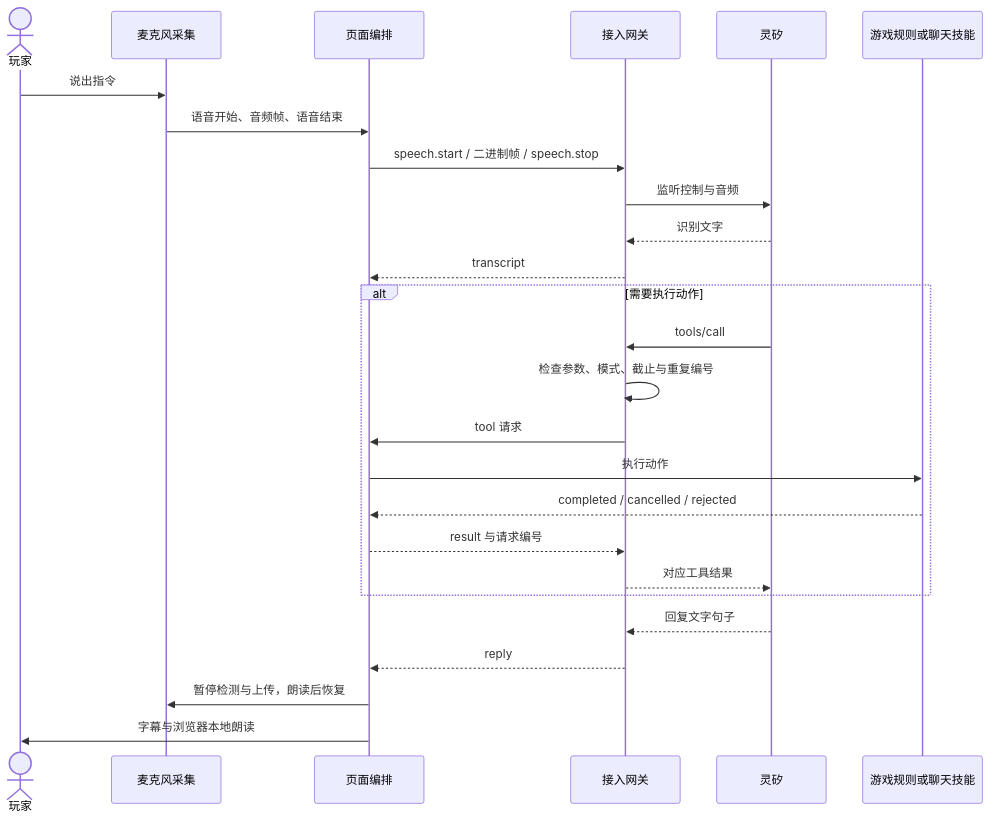
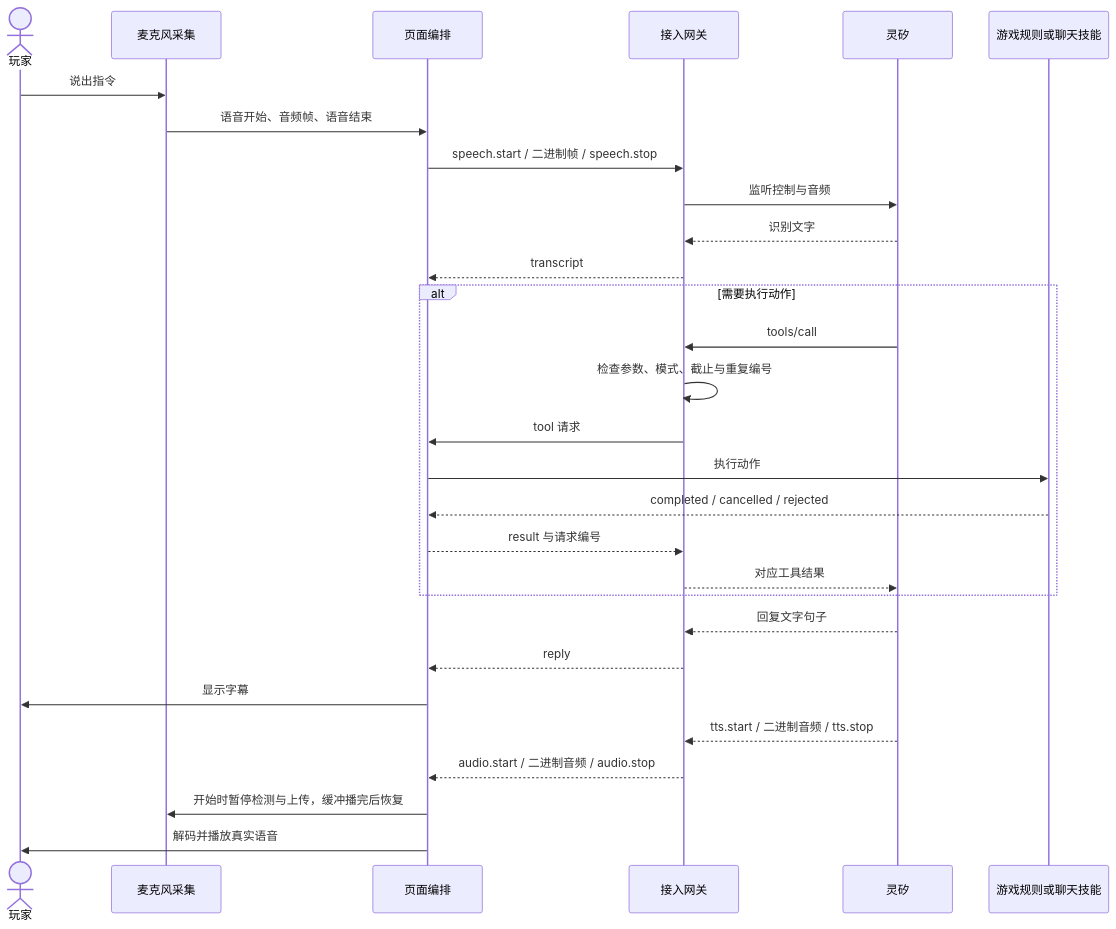
The second of 2 diagrams in docs/architecture.md (cohesion-dev/NQQ), drawn with Mermaid before and after one commit. The commit also changed other lines of this file and 14 other files, not shown here.

````diff
--- a/docs/architecture.md
+++ b/docs/architecture.md
@@ -68,28 +70,31 @@
 ```mermaid
 sequenceDiagram
     actor Player as 玩家
     participant Audio as 麦克风采集
     participant App as 页面编排
     participant Gateway as 接入网关
     participant Linx as 灵矽
     participant Executor as 游戏规则或聊天技能
     Player->>Audio: 说出指令
     Audio->>App: 语音开始、音频帧、语音结束
     App->>Gateway: speech.start / 二进制帧 / speech.stop
     Gateway->>Linx: 监听控制与音频
     Linx-->>Gateway: 识别文字
     Gateway-->>App: transcript
     alt 需要执行动作
         Linx->>Gateway: tools/call
         Gateway->>Gateway: 检查参数、模式、截止与重复编号
         Gateway->>App: tool 请求
         App->>Executor: 执行动作
         Executor-->>App: completed / cancelled / rejected
         App-->>Gateway: result 与请求编号
         Gateway-->>Linx: 对应工具结果
     end
     Linx-->>Gateway: 回复文字句子
     Gateway-->>App: reply
-    App->>Audio: 暂停检测与上传，朗读后恢复
-    App->>Player: 字幕与浏览器本地朗读
+    App->>Player: 显示字幕
+    Linx-->>Gateway: tts.start / 二进制音频 / tts.stop
+    Gateway-->>App: audio.start / 二进制音频 / audio.stop
+    App->>Audio: 开始时暂停检测与上传，缓冲播完后恢复
+    App->>Player: 解码并播放真实语音
 ```
````
